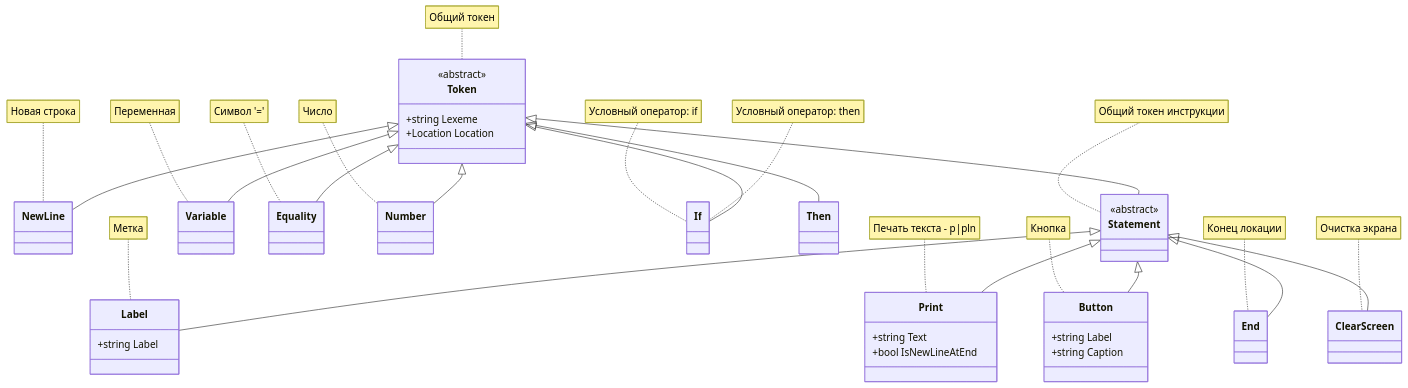
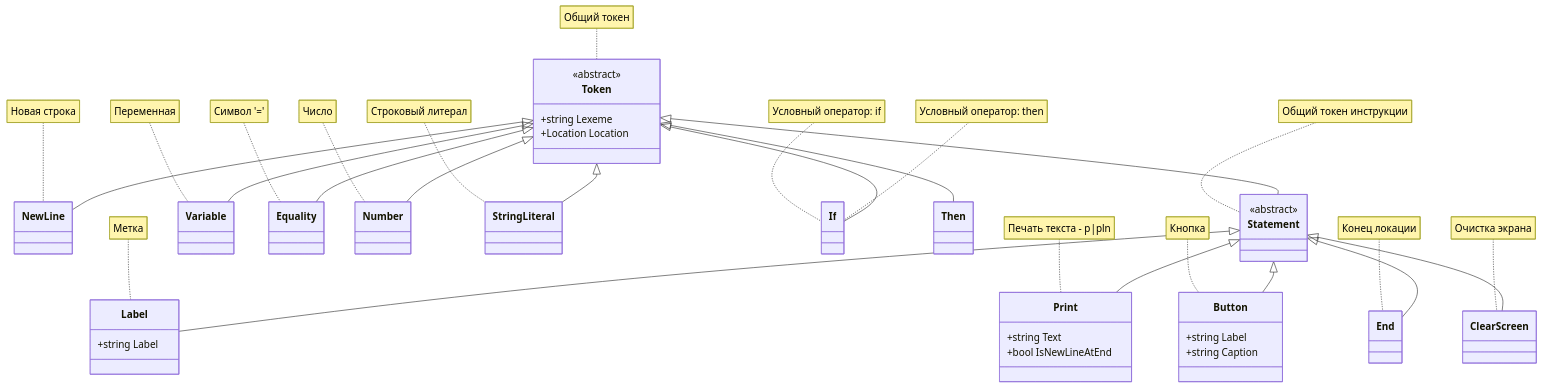
One commit to realsonic/MURQ changed the third of 9 diagrams in Application/MURQ.URQL/docs/URQL Syntax.md. Above: the diagram before and after it, drawn with Mermaid. The commit also changed other lines of this file and 48 other files, not shown here.

````diff
--- a/Application/MURQ.URQL/docs/URQL Syntax.md
+++ b/Application/MURQ.URQL/docs/URQL Syntax.md
@@ -40,57 +40,60 @@
 ```mermaid
 classDiagram
     class Token {
         +string Lexeme
         +Location Location
     }
     <<abstract>> Token
     note for Token "Общий токен"
 
     Token <|-- NewLine
     note for NewLine "Новая строка"
 
     Token <|-- Statement
     <<abstract>> Statement
     note for Statement "Общий токен инструкции"
 
     Statement <|-- Label
     class Label {
         +string Label
     }
     note for Label "Метка"
 
     Statement <|-- Print
     class Print {
         +string Text
         +bool IsNewLineAtEnd
     }
     note for Print "Печать текста - p|pln"
 
     Statement <|-- Button
     class Button {
         +string Label
         +string Caption
     }
     note for Button "Кнопка"
 
     Statement <|-- End
     note for End "Конец локации"
 
     Statement <|-- ClearScreen
     note for ClearScreen "Очистка экрана"
 
     Token <|-- Variable
     note for Variable "Переменная"
 
     Token <|-- Equality
     note for Equality "Символ '='"
 
     Token <|-- Number
     note for Number "Число"
 
+    Token <|-- StringLiteral
+    note for StringLiteral "Строковый литерал"
+
     Token <|-- If
     note for If "Условный оператор: if"
 
     Token <|-- Then
     note for If "Условный оператор: then"
 ```
````
